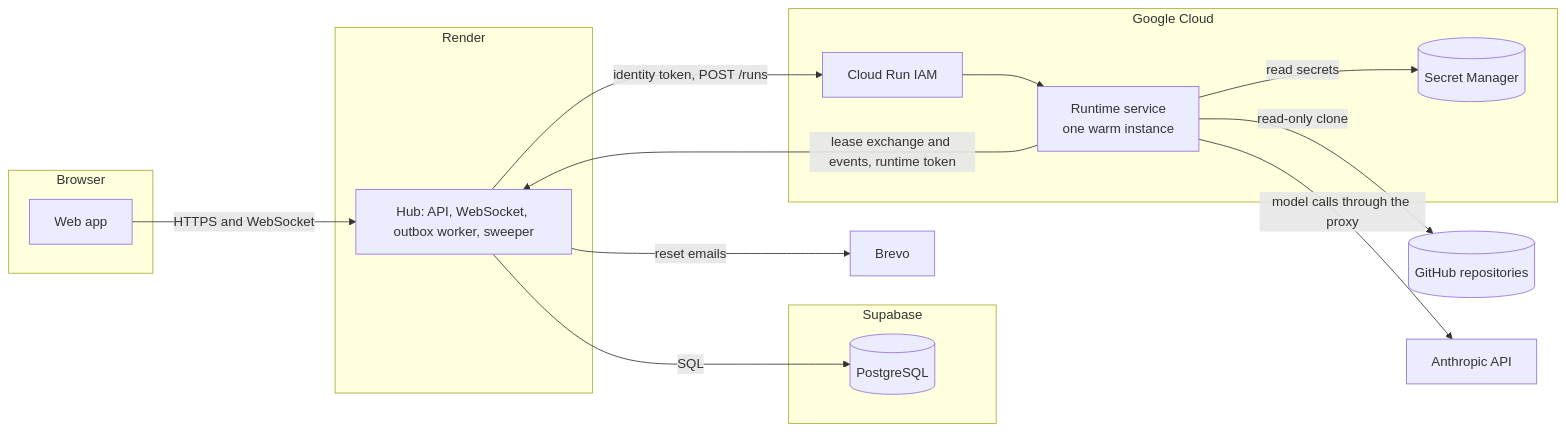
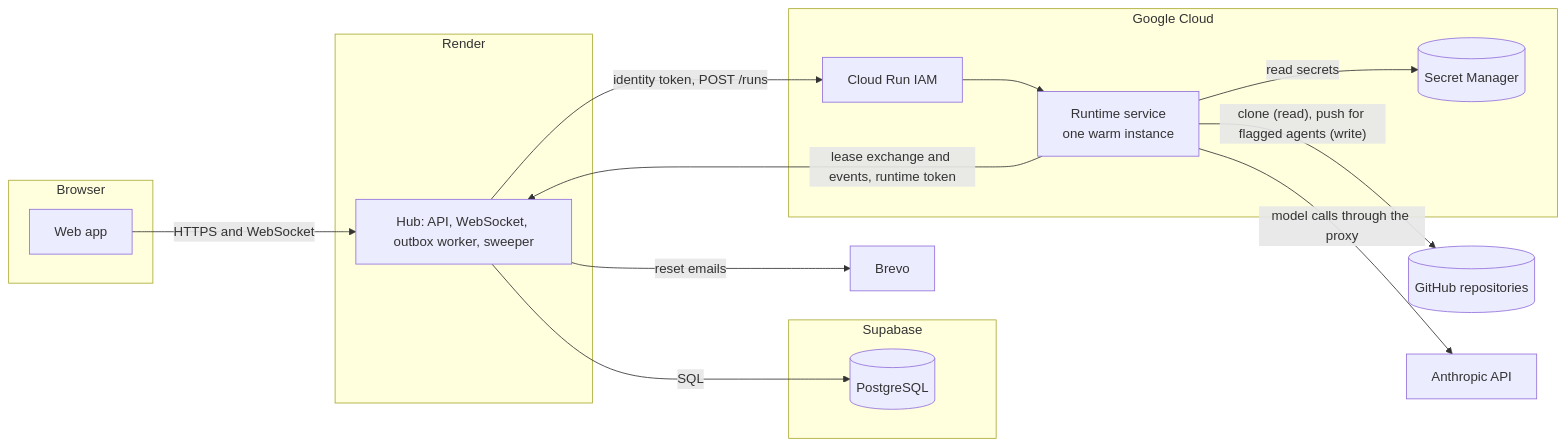
One commit to sivuu96/natyasutra-collab-app changed the first of 8 diagrams in docs/architecture.md. Above: the diagram before and after it, drawn with Mermaid. The commit also changed other lines of this file and 19 other files, not shown here.

First line of the commit message:
Agents that push their changes to their own branch

````diff
--- a/docs/architecture.md
+++ b/docs/architecture.md
@@ -32,29 +32,29 @@
 ```mermaid
 flowchart LR
     subgraph Browser
         UI[Web app]
     end
     subgraph Render
         HUB[Hub: API, WebSocket, outbox worker, sweeper]
     end
     subgraph Supabase
         DB[(PostgreSQL)]
     end
     subgraph GoogleCloud[Google Cloud]
         SVC[Runtime service<br/>one warm instance]
         SM[(Secret Manager)]
         IAM[Cloud Run IAM]
     end
     GH[(GitHub repositories)]
     API[Anthropic API]
     MAIL[Brevo]
 
     UI -- HTTPS and WebSocket --> HUB
     HUB -- SQL --> DB
     HUB -- identity token, POST /runs --> IAM --> SVC
     SVC -- lease exchange and events, runtime token --> HUB
     SVC -- read secrets --> SM
-    SVC -- read-only clone --> GH
+    SVC -- clone (read), push for flagged agents (write) --> GH
     SVC -- model calls through the proxy --> API
     HUB -- reset emails --> MAIL
 ```
````
